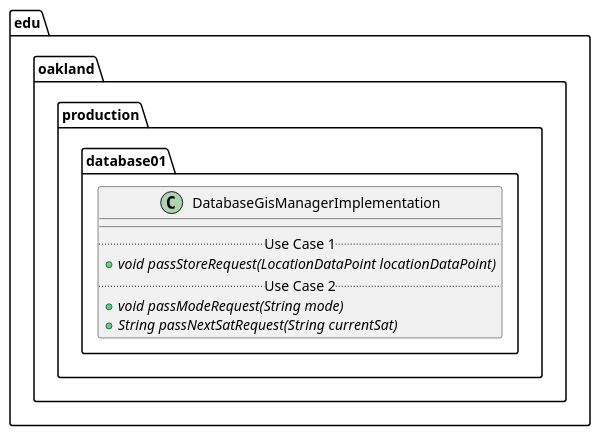
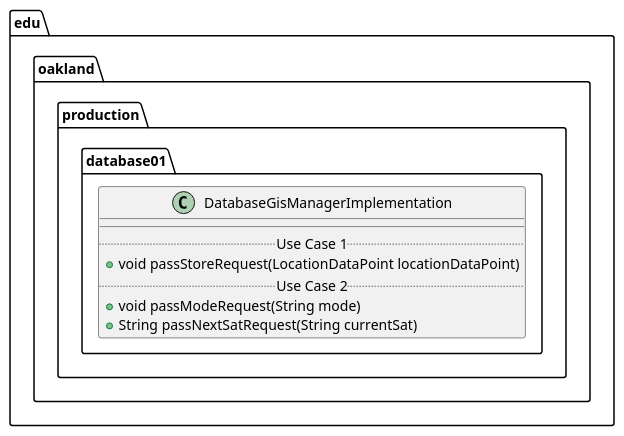
Before and after one commit to andrewdimmer/csi-3370-software-project: the diagram in docs/uml-class-diagrams/database01/production/DatabaseGisManagerImplementation/DatabaseGisManagerImplementation.puml, drawn with PlantUML. The commit also changed 1 other file, not shown here.

```diff
--- a/docs/uml-class-diagrams/database01/production/DatabaseGisManagerImplementation/DatabaseGisManagerImplementation.puml
+++ b/docs/uml-class-diagrams/database01/production/DatabaseGisManagerImplementation/DatabaseGisManagerImplementation.puml
@@ -1,14 +1,14 @@
 @startuml DatabaseGisManagerImplementation
 
 package edu.oakland.production.database01 {
     class DatabaseGisManagerImplementation {
         __
         .. Use Case 1 ..
-        {abstract} + void passStoreRequest(LocationDataPoint locationDataPoint)
+        + void passStoreRequest(LocationDataPoint locationDataPoint)
         .. Use Case 2 ..
-        {abstract} + void passModeRequest(String mode)
-        {abstract} + String passNextSatRequest(String currentSat)
+        + void passModeRequest(String mode)
+        + String passNextSatRequest(String currentSat)
     }
 }
 
 @enduml
```
